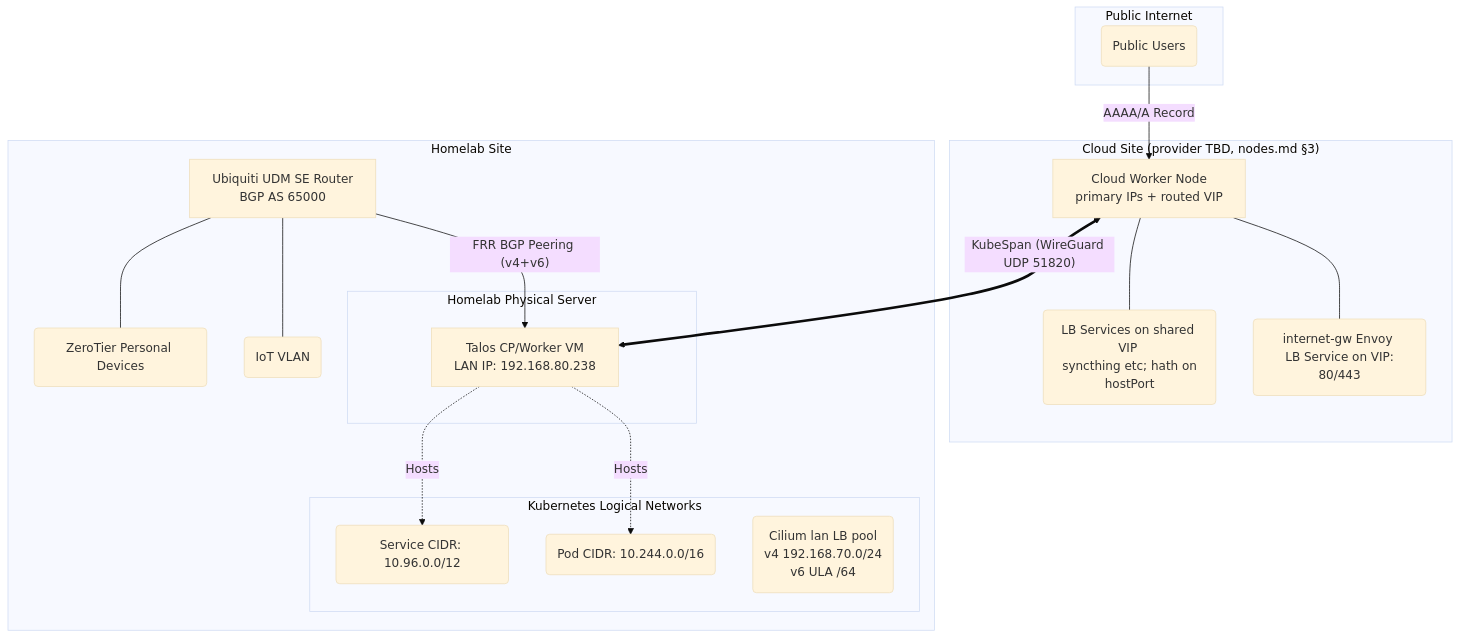
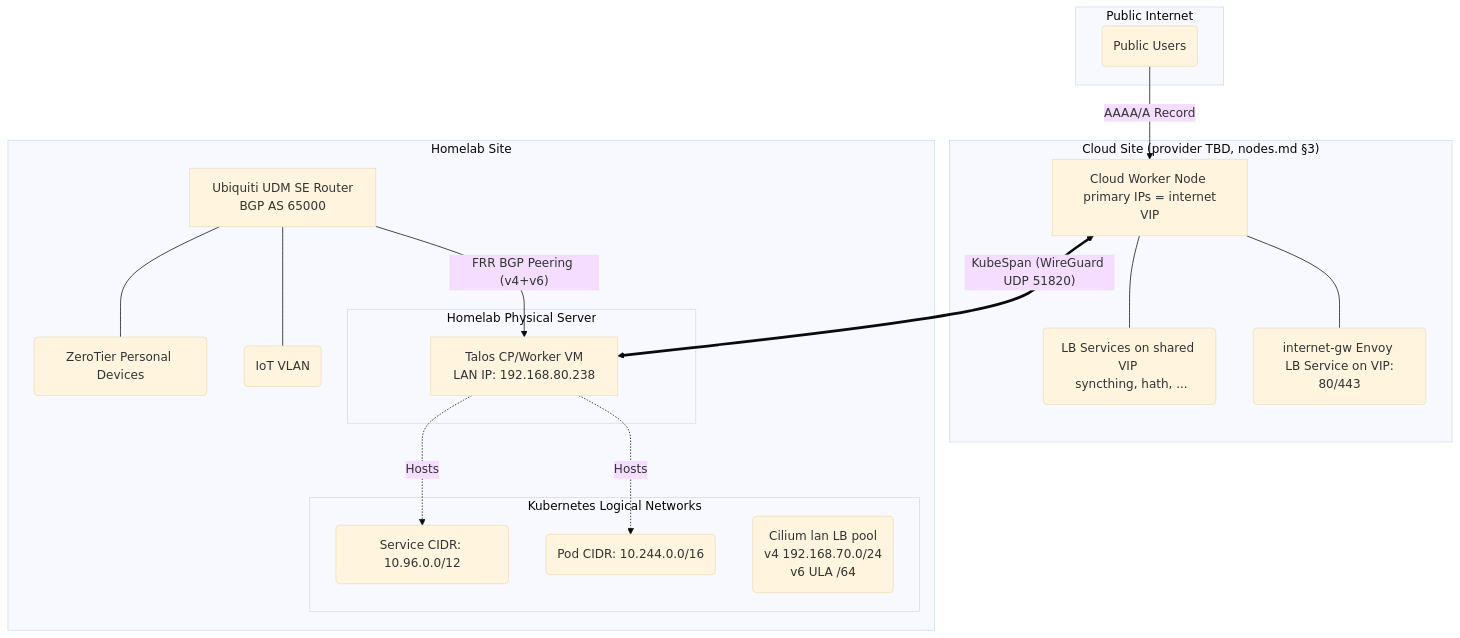
The diagram in docs/cluster/architecture.md (Aetf/kluster), drawn with Mermaid (base theme) before and after one commit. The commit also changed other lines of this file and 2 other files, not shown here.

````diff
--- a/docs/cluster/architecture.md
+++ b/docs/cluster/architecture.md
@@ -42,44 +42,44 @@
 ```mermaid
 graph TD  
  subgraph "Public Internet"  
  User(Public Users)  
  end  
   
  subgraph "Cloud Site (provider TBD, nodes.md §3)"  
- Cloud_Worker[Cloud Worker Node <br> primary IPs + routed VIP]  
+ Cloud_Worker[Cloud Worker Node <br> primary IPs = internet VIP]  
  Envoy1(internet-gw Envoy <br> LB Service on VIP: 80/443)  
- RawTCP(LB Services on shared VIP <br> syncthing etc; hath on hostPort)  
+ RawTCP(LB Services on shared VIP <br> syncthing, hath, ...)  
  Cloud_Worker --- Envoy1  
  Cloud_Worker --- RawTCP  
  end  
   
  subgraph "Homelab Site"  
  DMSE[Ubiquiti UDM SE Router <br> BGP AS 65000]  
    
 subgraph "Homelab Physical Server"  
  Homelab_VM[Talos CP/Worker VM <br> LAN IP: 192.168.80.238]  
  end  
    
 subgraph "Kubernetes Logical Networks"  
  Pods(Pod CIDR: 10.244.0.0/16)  
  SVC(Service CIDR: 10.96.0.0/12)  
  LB_Pool(Cilium lan LB pool <br> v4 192.168.70.0/24 <br> v6 ULA /64)  
  end  
    
 VLAN_IoT(IoT VLAN)  
  ZT_Net(ZeroTier Personal Devices)  
  end  
   
  %% Routing Flow  
  User -- "AAAA/A Record" --> Cloud_Worker  
  DMSE -- "FRR BGP Peering (v4+v6)" --> Homelab_VM  
  DMSE --- VLAN_IoT  
  DMSE --- ZT_Net  
    
 %% KubeSpan  
  Cloud_Worker <== "KubeSpan (WireGuard UDP 51820)" ==> Homelab_VM  
   
 %% Logical internal links  
  Homelab_VM -. "Hosts" .-> Pods  
  Homelab_VM -. "Hosts" .-> SVC  
 ```
````
